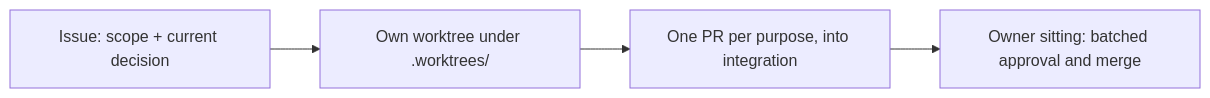
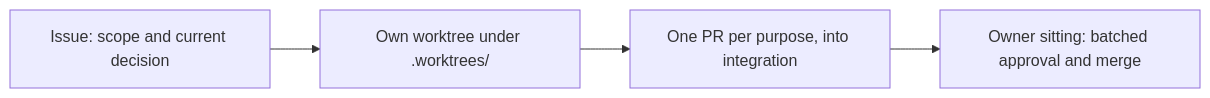
One commit to tclyu/astralfab changed the second of 2 diagrams in AGENTS.md. Above: the diagram before and after it, drawn with Mermaid. The commit also changed other lines of this file, not shown here.

Commit message:
AGENTS.md: shorter diagram labels, wording pass

````diff
--- a/AGENTS.md
+++ b/AGENTS.md
@@ -47,4 +49,4 @@
 ```mermaid
 flowchart LR
-  issue["Issue: scope + current decision"] --> tree["Own worktree under .worktrees/"] --> pr["One PR per purpose, into integration"] --> sitting["Owner sitting: batched approval and merge"]
+  issue[Issue: scope and current decision] --> tree[Own worktree under .worktrees/] --> pr[One PR per purpose, into integration] --> sitting[Owner sitting: batched approval and merge]
 ```
````
